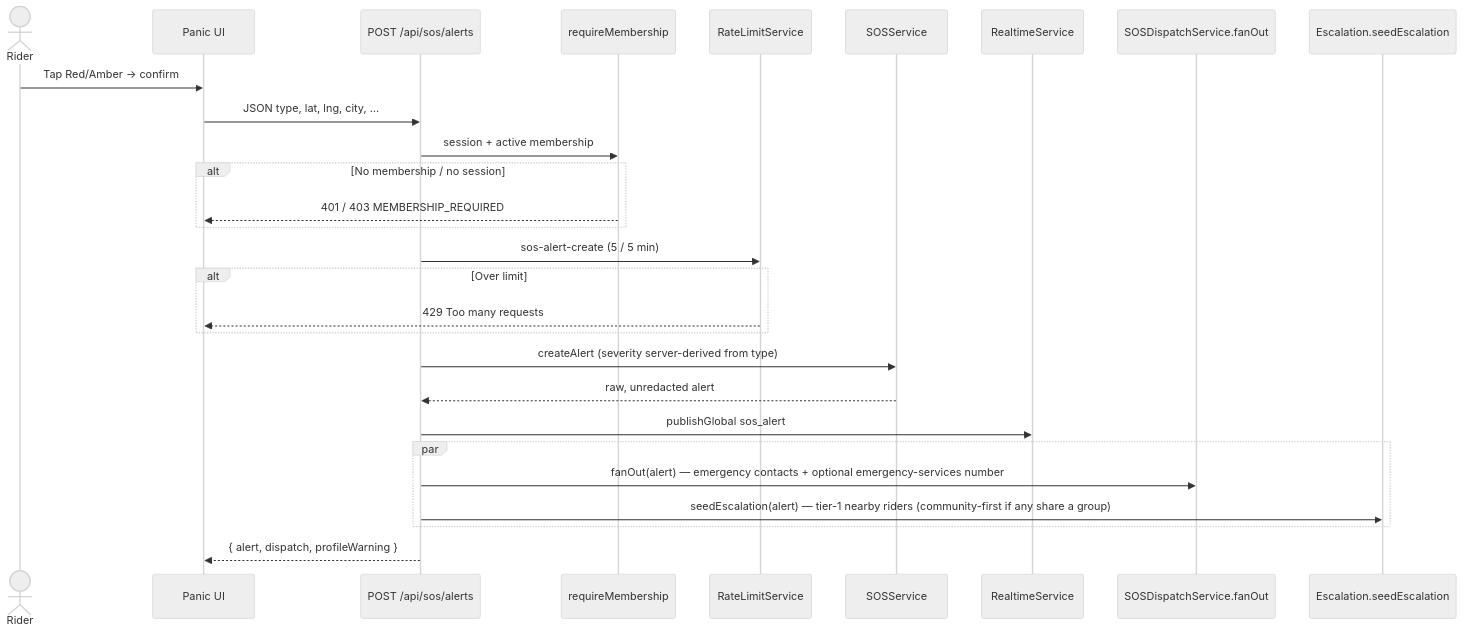
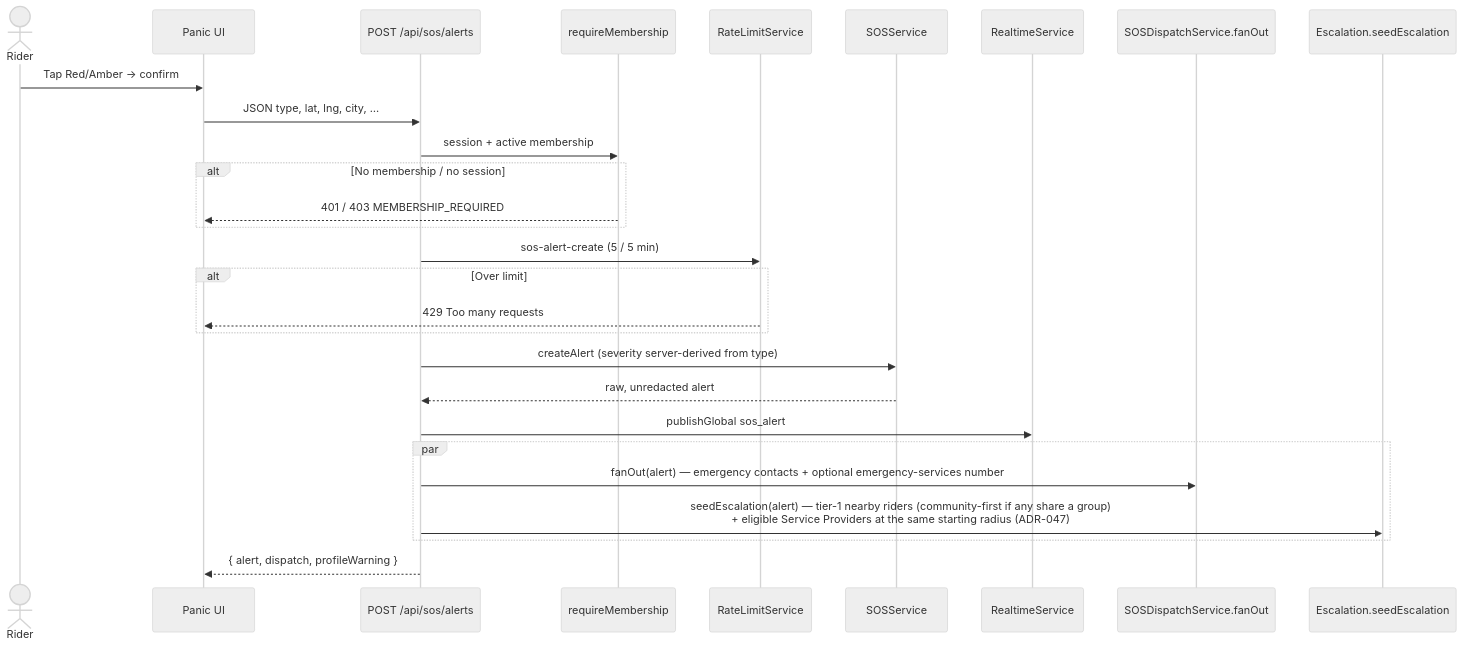
One commit to RiteshKumarNitk/bikie changed the second of 5 diagrams in .docs/SOS.md. Above: the diagram before and after it, drawn with Mermaid (neutral theme). The commit also changed other lines of this file and 11 other files, not shown here.

First line of the commit message:
fix(sos): dispatch Riders and Service Providers together, redact PII across every channel

````diff
--- a/.docs/SOS.md
+++ b/.docs/SOS.md
@@ -54,31 +58,31 @@
 ```mermaid
 sequenceDiagram
   actor Rider
   participant UI as Panic UI
   participant API as POST /api/sos/alerts
   participant Auth as requireMembership
   participant RL as RateLimitService
   participant SOS as SOSService
   participant RT as RealtimeService
   participant Fan as SOSDispatchService.fanOut
   participant Esc as Escalation.seedEscalation
 
   Rider->>UI: Tap Red/Amber → confirm
   UI->>API: JSON type, lat, lng, city, …
   API->>Auth: session + active membership
   alt No membership / no session
     Auth-->>UI: 401 / 403 MEMBERSHIP_REQUIRED
   end
   API->>RL: sos-alert-create (5 / 5 min)
   alt Over limit
     RL-->>UI: 429 Too many requests
   end
   API->>SOS: createAlert (severity server-derived from type)
   SOS-->>API: raw, unredacted alert
   API->>RT: publishGlobal sos_alert
   par
     API->>Fan: fanOut(alert) — emergency contacts + optional emergency-services number
-    API->>Esc: seedEscalation(alert) — tier-1 nearby riders (community-first if any share a group)
+    API->>Esc: seedEscalation(alert) — tier-1 nearby riders (community-first if any share a group)<br/>+ eligible Service Providers at the same starting radius (ADR-047)
   end
   API-->>UI: { alert, dispatch, profileWarning }
 ```
````
